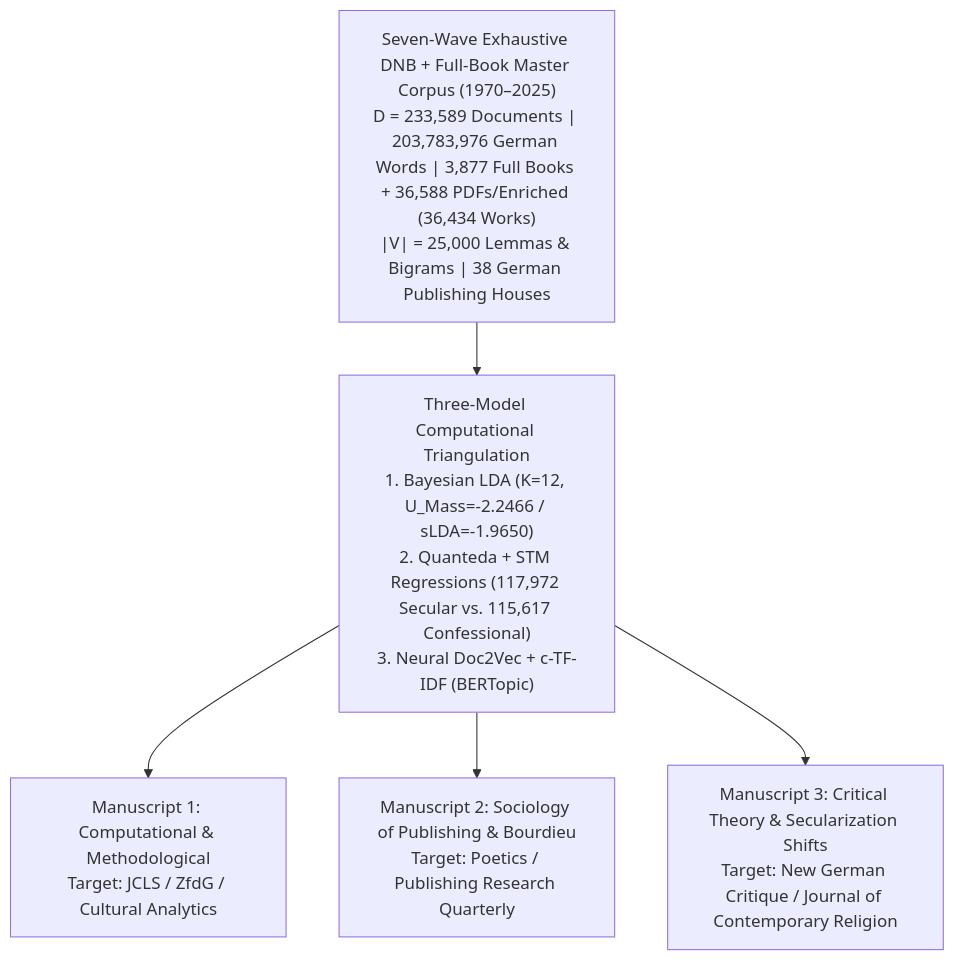
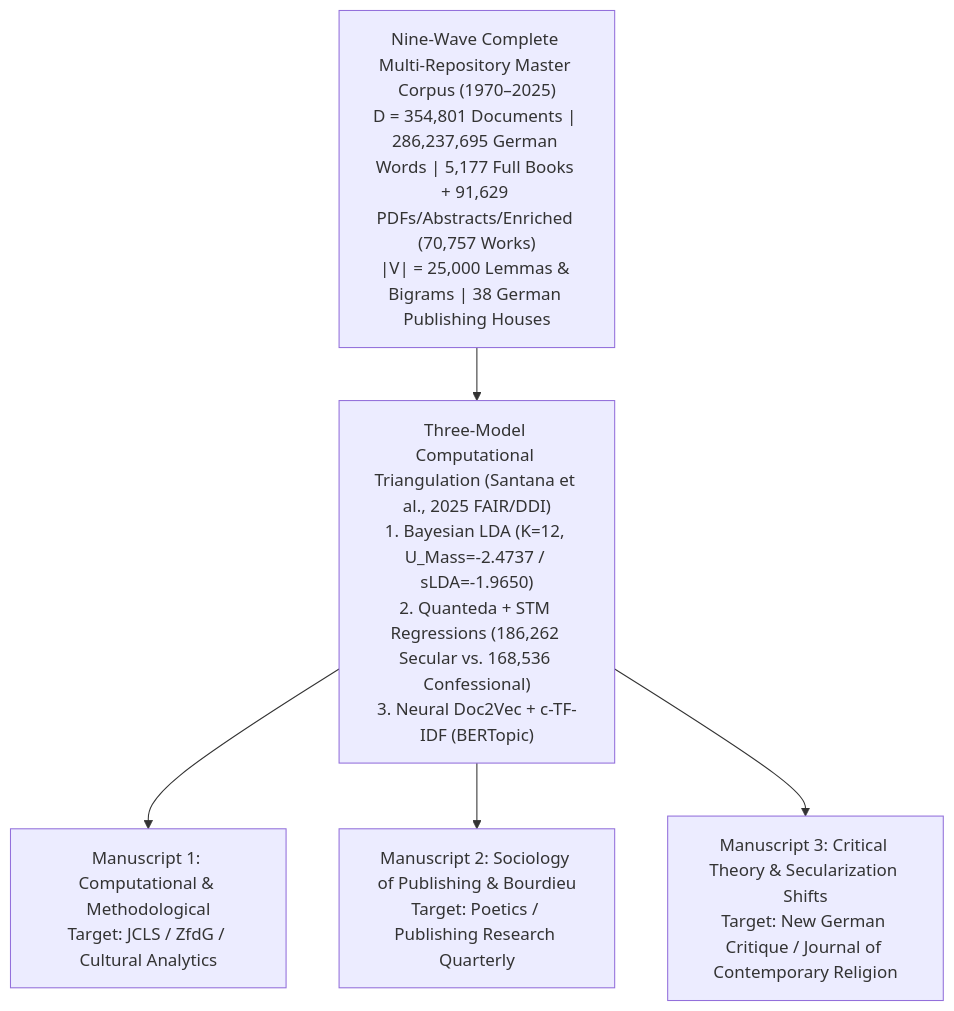
Before and after one commit to metachasm-beep/Deutsche-Verlage-LDA: the diagram in docs/JOURNAL_SUBMISSION_STRATEGY.md, drawn with Mermaid. The commit also changed other lines of this file and 20 other files, not shown here.

Commit message:
feat(wave9): complete 354,801-doc multi-repo corpus (15 shards) + Santana et al. (2025) FAIR/DDI pipeline & updated chapters

````diff
--- a/docs/JOURNAL_SUBMISSION_STRATEGY.md
+++ b/docs/JOURNAL_SUBMISSION_STRATEGY.md
@@ -14,10 +14,10 @@
 ```mermaid
 flowchart TD
-    Corpus["Seven-Wave Exhaustive DNB + Full-Book Master Corpus (1970–2025)\nD = 233,589 Documents | 203,783,976 German Words | 3,877 Full Books + 36,588 PDFs/Enriched (36,434 Works)\n|V| = 25,000 Lemmas & Bigrams | 38 German Publishing Houses"]
-    Pipeline["Three-Model Computational Triangulation\n1. Bayesian LDA (K=12, U_Mass=-2.2466 / sLDA=-1.9650)\n2. Quanteda + STM Regressions (117,972 Secular vs. 115,617 Confessional)\n3. Neural Doc2Vec + c-TF-IDF (BERTopic)"]
+    Corpus["Nine-Wave Complete Multi-Repository Master Corpus (1970–2025)\nD = 354,801 Documents | 286,237,695 German Words | 5,177 Full Books + 91,629 PDFs/Abstracts/Enriched (70,757 Works)\n|V| = 25,000 Lemmas & Bigrams | 38 German Publishing Houses"]
+    Pipeline["Three-Model Computational Triangulation (Santana et al., 2025 FAIR/DDI)\n1. Bayesian LDA (K=12, U_Mass=-2.4737 / sLDA=-1.9650)\n2. Quanteda + STM Regressions (186,262 Secular vs. 168,536 Confessional)\n3. Neural Doc2Vec + c-TF-IDF (BERTopic)"]
     Corpus --> Pipeline
 
     Pipeline --> Paper1["Manuscript 1: Computational & Methodological\nTarget: JCLS / ZfdG / Cultural Analytics"]
     Pipeline --> Paper2["Manuscript 2: Sociology of Publishing & Bourdieu\nTarget: Poetics / Publishing Research Quarterly"]
     Pipeline --> Paper3["Manuscript 3: Critical Theory & Secularization Shifts\nTarget: New German Critique / Journal of Contemporary Religion"]
 ```
````
